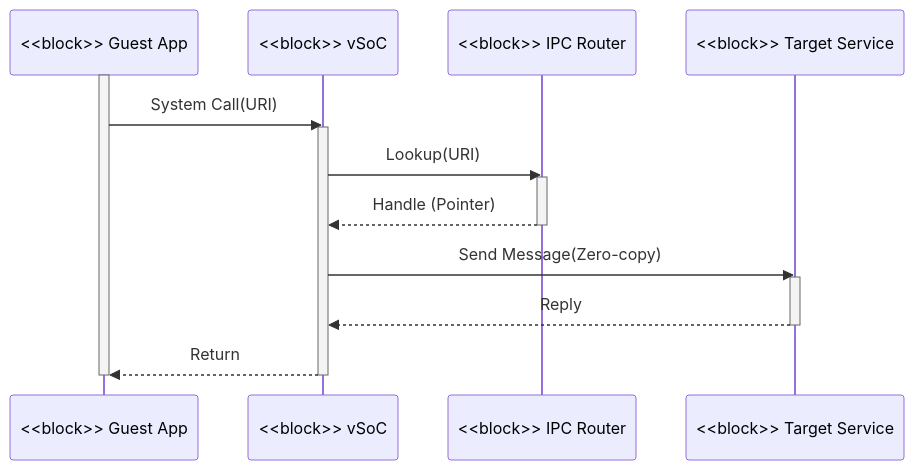
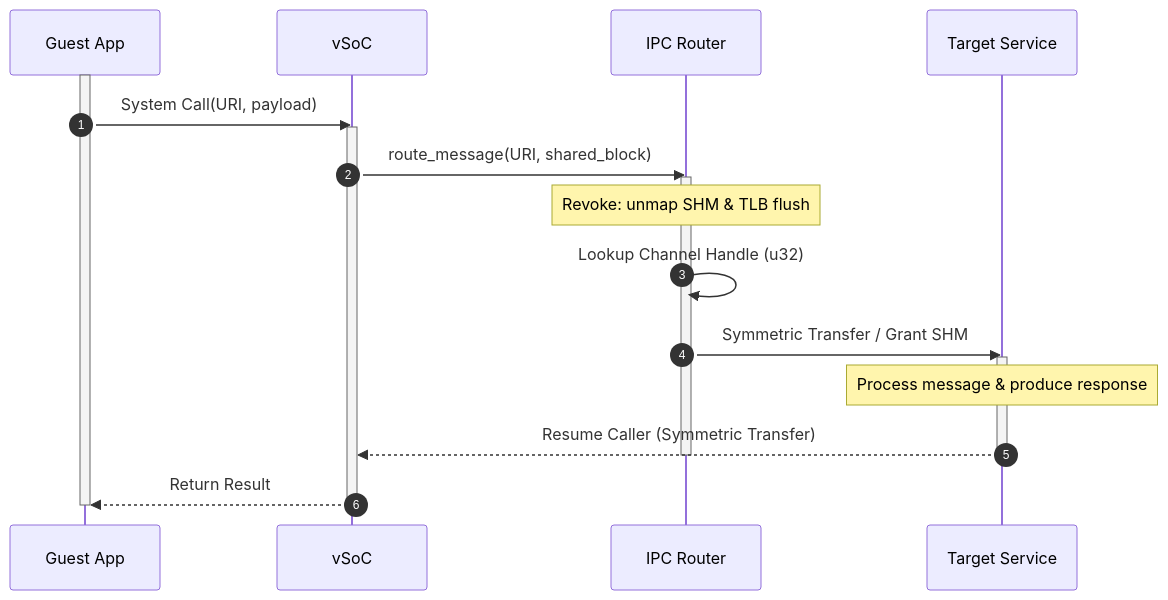
One commit to kmt-t/fireball changed the fourth of 4 diagrams in docs/architecture/architecture_overview.md. Above: the diagram before and after it, drawn with Mermaid. The commit also changed other lines of this file and 208 other files, not shown here.

Commit message:
Refactor project architecture and simplify implementation

````diff
--- a/docs/architecture/architecture_overview.md
+++ b/docs/architecture/architecture_overview.md
@@ -312,24 +312,25 @@
 ```mermaid
 sequenceDiagram
-    participant App as <<block>> Guest App
-    participant vSoC as <<block>> vSoC
-    participant IPCR as <<block>> IPC Router
-    participant Svc as <<block>> Target Service
+    autonumber
+    participant App as Guest App
+    participant vSoC as vSoC
+    participant IPCR as IPC Router
+    participant Svc as Target Service
 
     activate App
-    App->>vSoC: System Call(URI)
+    App->>vSoC: System Call(URI, payload)
     activate vSoC
-    vSoC->>IPCR: Lookup(URI)
+    vSoC->>IPCR: route_message(URI, shared_block)
     activate IPCR
-    IPCR-->>vSoC: Handle (Pointer)
+    Note over IPCR: Revoke: unmap SHM & TLB flush
+    IPCR->>IPCR: Lookup Channel Handle (u32)
+    IPCR->>Svc: Symmetric Transfer / Grant SHM
+    activate Svc
+    Note over Svc: Process message & produce response
+    Svc-->>vSoC: Resume Caller (Symmetric Transfer)
+    deactivate Svc
     deactivate IPCR
-
-    vSoC->>Svc: Send Message(Zero-copy)
-    activate Svc
-    Svc-->>vSoC: Reply
-    deactivate Svc
-
-    vSoC-->>App: Return
+    vSoC-->>App: Return Result
     deactivate vSoC
     deactivate App
 ```
````
